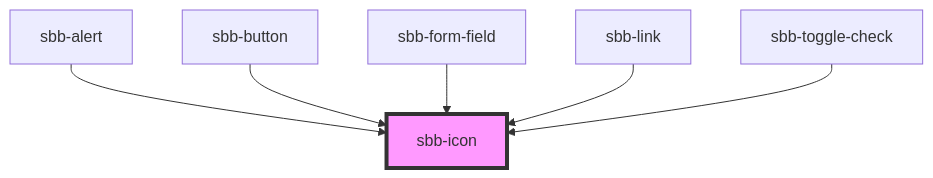
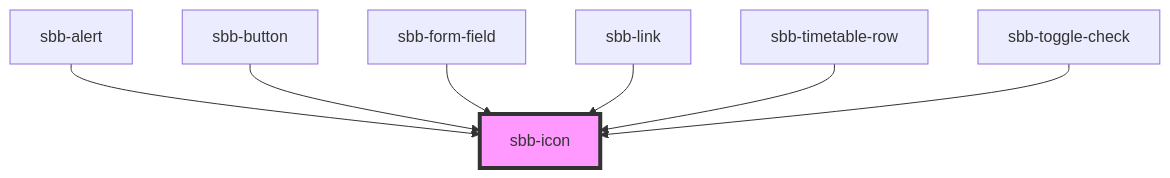
One commit to sbb-design-systems/lyne-components changed the diagram in src/components/sbb-icon/readme.md. Above: the diagram before and after it, drawn with Mermaid. The commit also changed other lines of this file and 12 other files, not shown here.

Commit message:
feat: add interface to sbb-timetable-row

````diff
--- a/src/components/sbb-icon/readme.md
+++ b/src/components/sbb-icon/readme.md
@@ -106,9 +107,10 @@
 ```mermaid
 graph TD;
   sbb-alert --> sbb-icon
   sbb-button --> sbb-icon
   sbb-form-field --> sbb-icon
   sbb-link --> sbb-icon
+  sbb-timetable-row --> sbb-icon
   sbb-toggle-check --> sbb-icon
   style sbb-icon fill:#f9f,stroke:#333,stroke-width:4px
 ```
````
